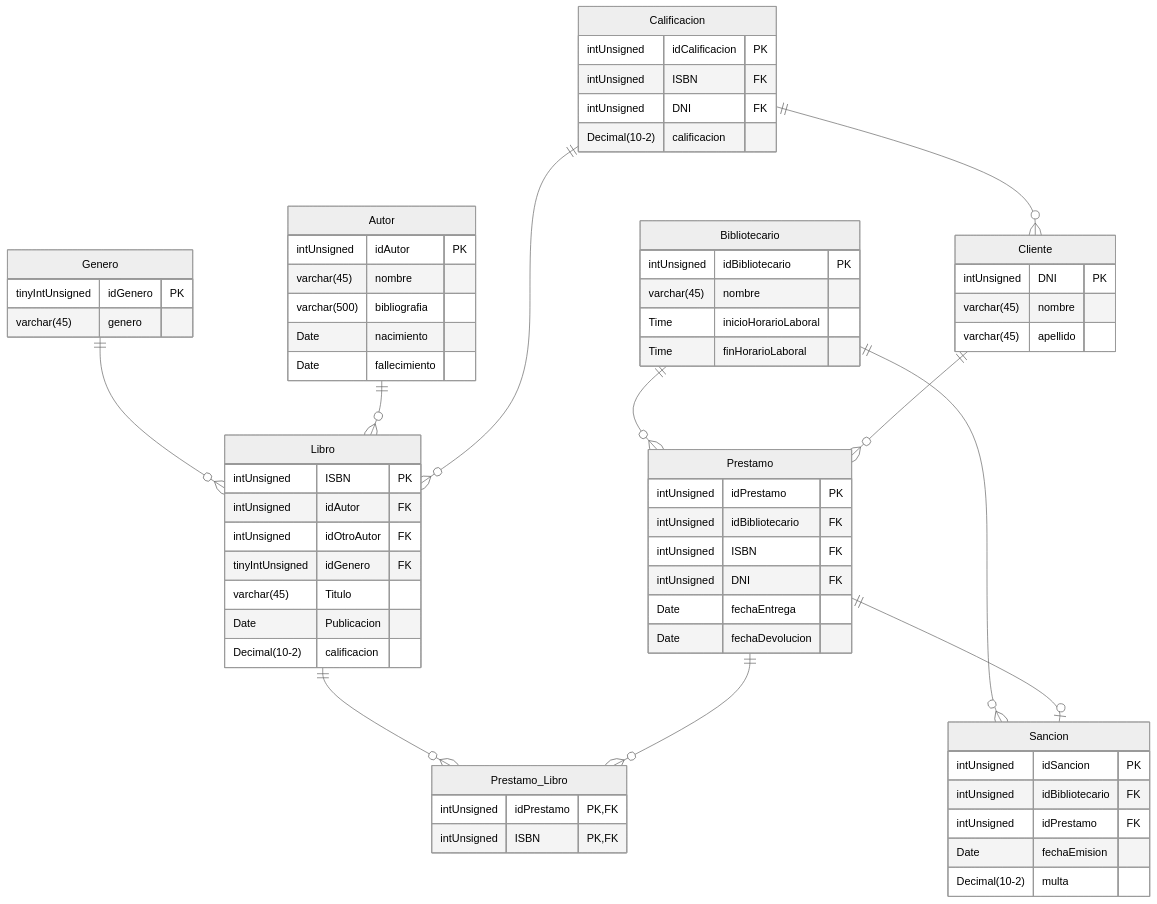
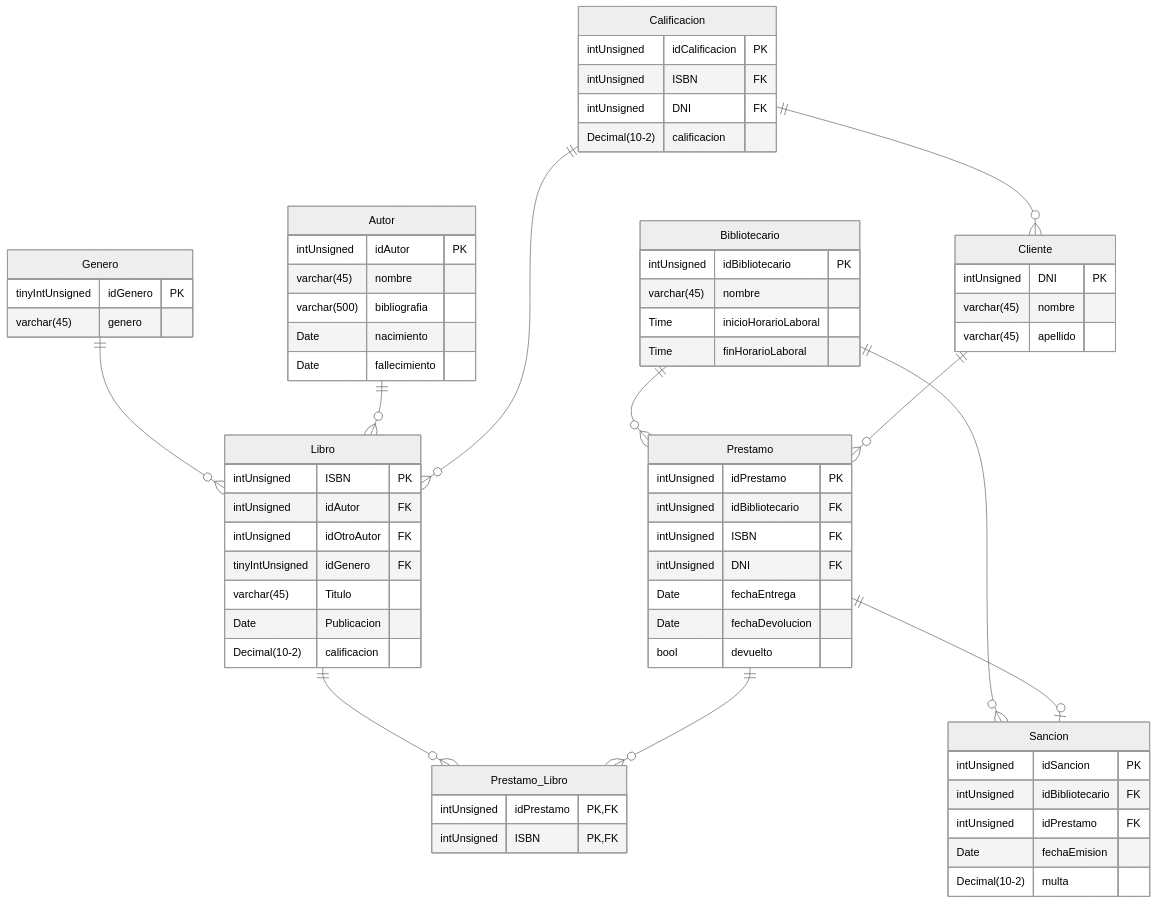
The diagram in README.md (PasandiLuka/BD-Biblioteca), drawn with Mermaid (neutral theme) before and after one commit. The commit also changed 3 other files, not shown here.

````diff
--- a/README.md
+++ b/README.md
@@ -14,81 +14,79 @@
 ```mermaid
 erDiagram
 Genero{
     tinyIntUnsigned idGenero PK
     varchar(45) genero
 }
 
-
 Bibliotecario{
     intUnsigned idBibliotecario PK
     varchar(45) nombre
     Time inicioHorarioLaboral
     Time finHorarioLaboral
 }
-
 
 Autor{
     intUnsigned idAutor PK
     varchar(45) nombre
     varchar(500) bibliografia
     Date nacimiento
     Date fallecimiento
 }
 
 Cliente{
     intUnsigned DNI PK
     varchar(45) nombre
     varchar(45) apellido
 }
 
 Libro{
     intUnsigned ISBN PK
     intUnsigned idAutor FK
     intUnsigned idOtroAutor FK
     tinyIntUnsigned idGenero FK
     varchar(45) Titulo
     Date Publicacion
     Decimal(10-2) calificacion
 }
 
-
 Sancion{
     intUnsigned idSancion PK
     intUnsigned idBibliotecario FK
     intUnsigned idPrestamo FK
     Date fechaEmision
-    Decimal(10-2) multa    
+    Decimal(10-2) multa
 }
 
 Prestamo{
     intUnsigned idPrestamo PK
     intUnsigned idBibliotecario FK
     intUnsigned ISBN FK
     intUnsigned DNI FK
     Date fechaEntrega
     Date fechaDevolucion
+    bool devuelto
 }
 
 Calificacion{
     intUnsigned idCalificacion PK
     intUnsigned ISBN FK
     intUnsigned DNI FK
     Decimal(10-2) calificacion
 }
 
 Prestamo_Libro{
     intUnsigned idPrestamo PK, FK
     intUnsigned ISBN PK, FK
 }
 
 Genero||--o{Libro:""
 Bibliotecario||--o{Sancion:""
 Bibliotecario||--o{Prestamo:""
 Cliente||--o{Prestamo:""
 Prestamo||--o|Sancion:""
 Libro||--o{Prestamo_Libro:""
 Prestamo||--o{Prestamo_Libro:""
 Autor||--o{Libro:""
 Calificacion ||--o{ Libro:""
 Calificacion ||--o{ Cliente:""
 ```
````
